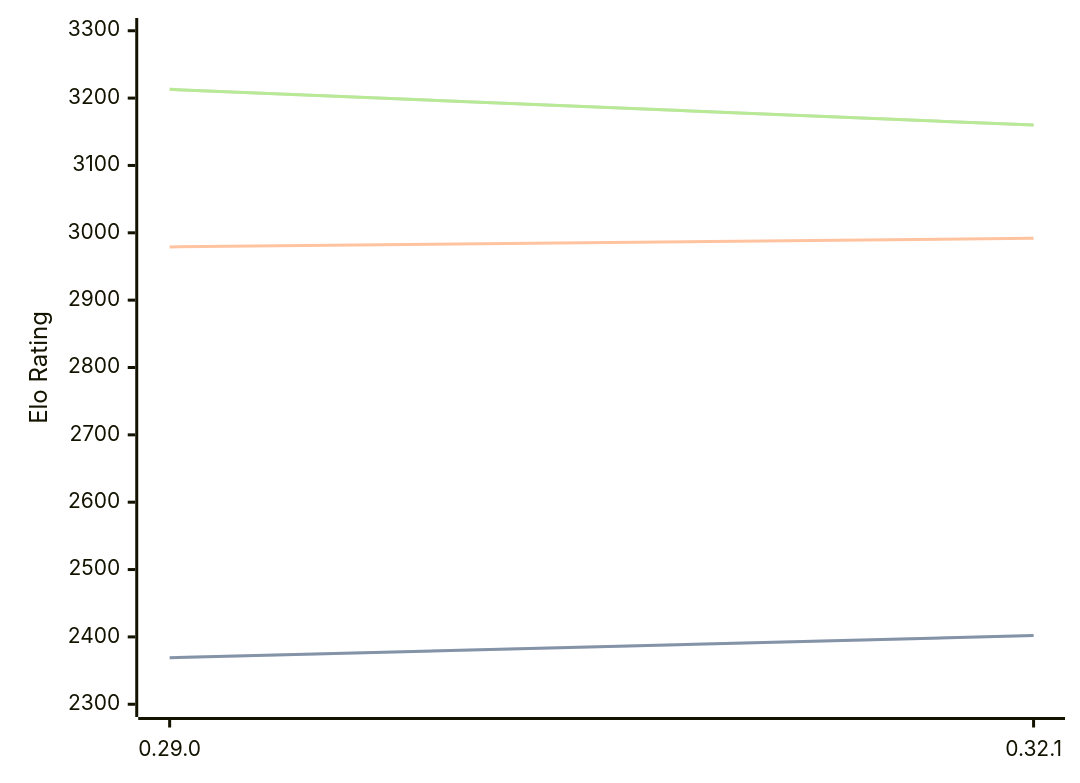
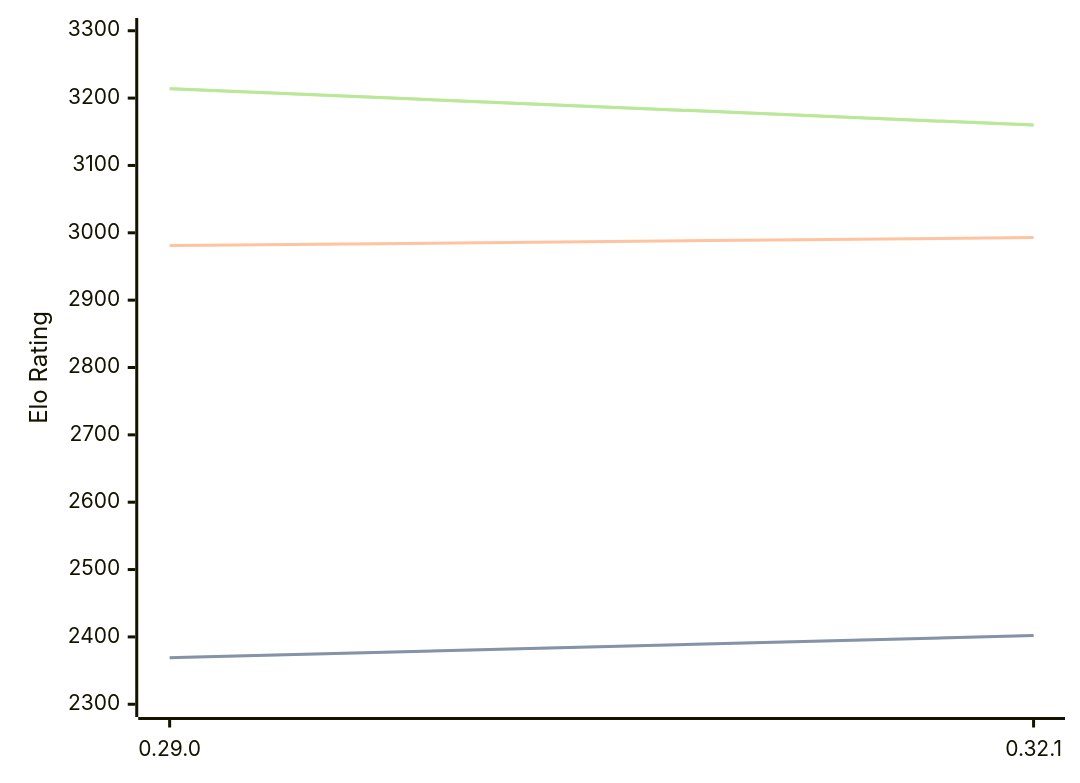
One commit to computer-chess-index/cci changed the third of 3 diagrams in engines/Lc0.md. Above: the diagram before and after it, drawn with Mermaid. The commit also changed other lines of this file, not shown here.

Commit message:
Update CCI Ratings (ELO VLTC) - 2026-06-21

````diff
--- a/engines/Lc0.md
+++ b/engines/Lc0.md
@@ -101,11 +101,11 @@
 ```mermaid
 %%{init: {"theme":"base","themeVariables":{"seriesColors:['#a3a3a3','#222221','#faa371']}}}%%
 xychart-beta
   x-axis ["0.29.0", "0.32.1"]
   y-axis "Elo Rating" 2300 --> 3300
   line "STC (8.0+0.08s)" [2369, 2402]
   line "STC (8.0+0.08s)" [2369, 2402]
-  line "LTC (60.0+0.60s)" [2979, 2992]
-  line "VLTC (2m24s+1.12s)" [3213, 3160]
-  line "VLTC (2m24s+1.12s)" [3213, 3160]
+  line "LTC (60.0+0.60s)" [2981, 2993]
+  line "VLTC (2m24s+1.12s)" [3214, 3160]
+  line "VLTC (2m24s+1.12s)" [3214, 3160]
 ```
````
